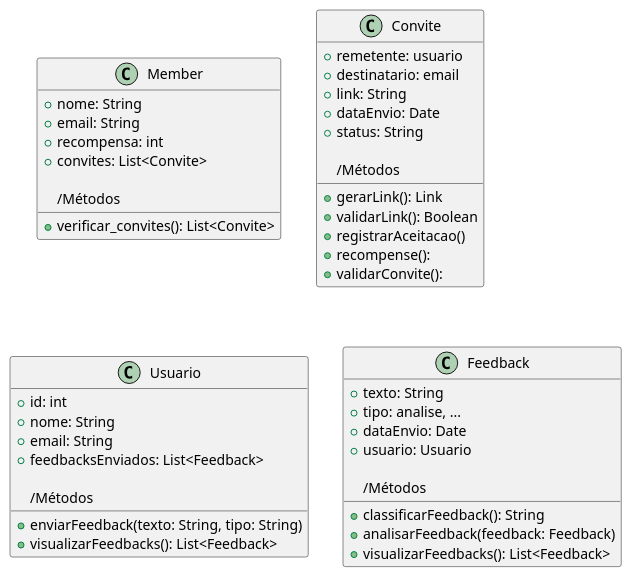
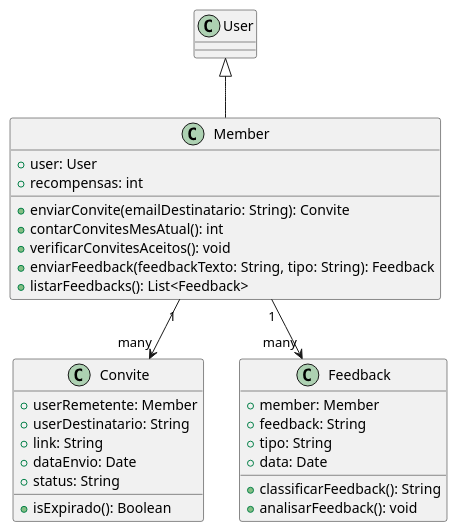
One commit to Projetos-de-Extensao/PBE_24.2_8001_III_EVE-Plus changed the diagram in docs/IQuirium/modelagem/diagrama_de_classes.wsd. Above: the diagram before and after it, drawn with PlantUML. The commit also changed 1 other file, not shown here.

```diff
--- a/docs/IQuirium/modelagem/diagrama_de_classes.wsd
+++ b/docs/IQuirium/modelagem/diagrama_de_classes.wsd
@@ -1,52 +1,38 @@
-@startuml
-
+@startuml diagrama de classes
 
 class Member {
-    + nome: String
-    + email: String
-    + recompensa: int
-    + convites: List<Convite>
+    + user: User
+    + recompensas: int
 
-    /Métodos
-    + verificar_convites(): List<Convite>
+    + enviarConvite(emailDestinatario: String): Convite
+    + contarConvitesMesAtual(): int
+    + verificarConvitesAceitos(): void
+    + enviarFeedback(feedbackTexto: String, tipo: String): Feedback
+    + listarFeedbacks(): List<Feedback>
 }
 
 class Convite {
-    + remetente: usuario
-    + destinatario: email
+    + userRemetente: Member
+    + userDestinatario: String
     + link: String
     + dataEnvio: Date
     + status: String
 
-    /Métodos
-    + gerarLink(): Link
-    + validarLink(): Boolean
-    + registrarAceitacao()
-    + recompense():
-    + validarConvite():
-}
-
-class Usuario {
-    + id: int
-    + nome: String
-    + email: String
-    + feedbacksEnviados: List<Feedback>
-
-    /Métodos
-    + enviarFeedback(texto: String, tipo: String)
-    + visualizarFeedbacks(): List<Feedback>
+    + isExpirado(): Boolean
 }
 
 class Feedback {
-    + texto: String
-    + tipo: analise, ...
-    + dataEnvio: Date
-    + usuario: Usuario
+    + member: Member
+    + feedback: String
+    + tipo: String
+    + data: Date
 
-    /Métodos
     + classificarFeedback(): String
-    + analisarFeedback(feedback: Feedback)
-    + visualizarFeedbacks(): List<Feedback>
+    + analisarFeedback(): void
 }
 
+User <|-- Member
+Member "1" --> "many" Convite
+Member "1" --> "many" Feedback
+
 @enduml
```
